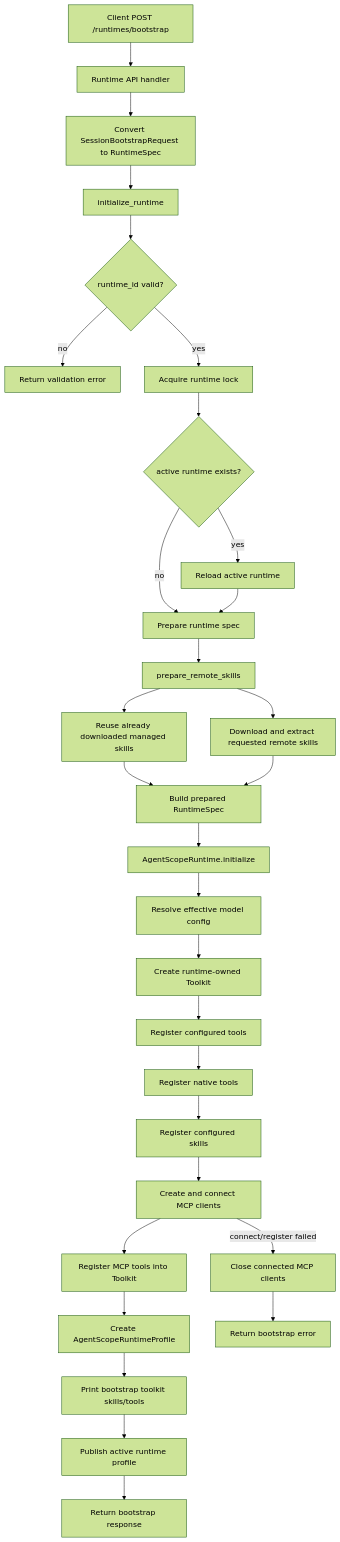
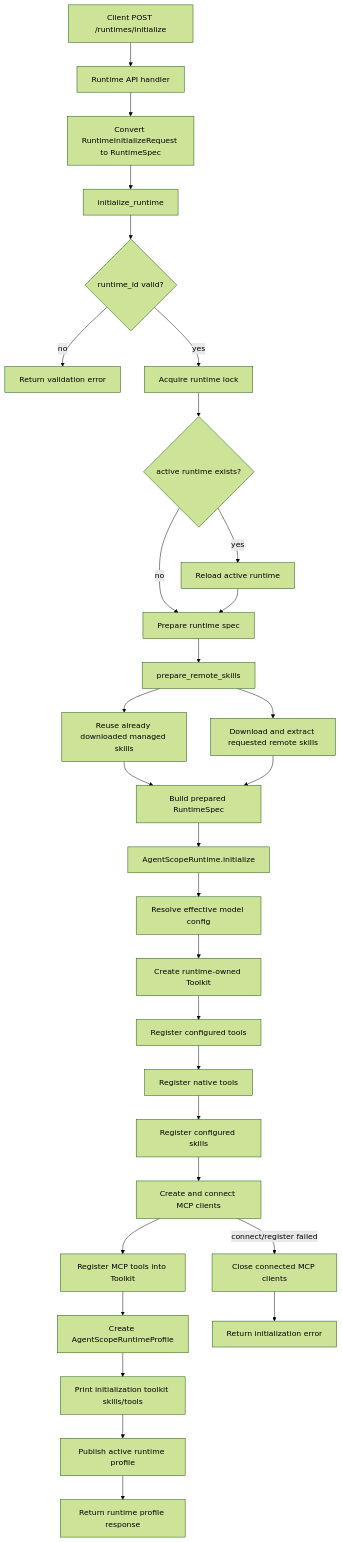
Before and after one commit to mooneclipsed/myagent: the first of 3 diagrams in docs/architecture.md, drawn with Mermaid (forest theme). The commit also changed other lines of this file and 16 other files, not shown here.

Commit message:
refactor: rename runtime bootstrap to initialize

````diff
--- a/docs/architecture.md
+++ b/docs/architecture.md
@@ -9,35 +9,35 @@
 ```mermaid
 flowchart TD
-    A[Client POST /runtimes/bootstrap] --> B[Runtime API handler]
-    B --> C[Convert SessionBootstrapRequest to RuntimeSpec]
+    A[Client POST /runtimes/initialize] --> B[Runtime API handler]
+    B --> C[Convert RuntimeInitializeRequest to RuntimeSpec]
     C --> D[initialize_runtime]
     D --> E{runtime_id valid?}
     E -- no --> F[Return validation error]
     E -- yes --> G[Acquire runtime lock]
     G --> H{active runtime exists?}
     H -- yes --> I[Reload active runtime]
     H -- no --> J[Prepare runtime spec]
     I --> J
 
     J --> K[prepare_remote_skills]
     K --> L[Reuse already downloaded managed skills]
     K --> M[Download and extract requested remote skills]
     L --> N[Build prepared RuntimeSpec]
     M --> N
 
     N --> O[AgentScopeRuntime.initialize]
     O --> P[Resolve effective model config]
     P --> Q[Create runtime-owned Toolkit]
     Q --> R[Register configured tools]
     R --> S[Register native tools]
     S --> T[Register configured skills]
     T --> U[Create and connect MCP clients]
     U --> V[Register MCP tools into Toolkit]
     V --> W[Create AgentScopeRuntimeProfile]
-    W --> X[Print bootstrap toolkit skills/tools]
+    W --> X[Print initialization toolkit skills/tools]
     X --> Y[Publish active runtime profile]
-    Y --> Z[Return bootstrap response]
+    Y --> Z[Return runtime profile response]
 
     U -- connect/register failed --> AA[Close connected MCP clients]
-    AA --> AB[Return bootstrap error]
+    AA --> AB[Return initialization error]
 ```
````
